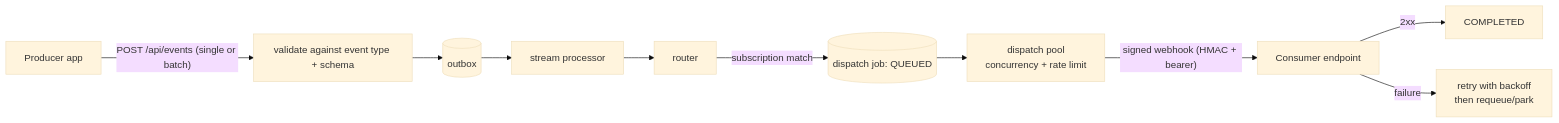
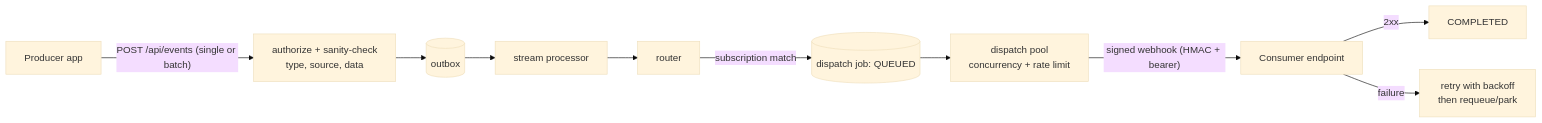
One commit to flowcatalyst/flowcatalyst changed the diagram in docs/published/20-messaging-and-delivery.md. Above: the diagram before and after it, drawn with Mermaid (base theme). The commit also changed other lines of this file and 1 other file, not shown here.

First line of the commit message:
docs: event ingestion does not validate against event types or schemas

````diff
--- a/docs/published/20-messaging-and-delivery.md
+++ b/docs/published/20-messaging-and-delivery.md
@@ -9,12 +9,12 @@
 ```mermaid
 flowchart LR
-    A[Producer app] -->|"POST /api/events (single or batch)"| V[validate against event type + schema]
+    A[Producer app] -->|"POST /api/events (single or batch)"| V[authorize + sanity-check\ntype, source, data]
     V --> OB[(outbox)]
     OB --> ST[stream processor]
     ST --> RT[router]
     RT -->|subscription match| DJ[(dispatch job: QUEUED)]
     DJ --> POOL[dispatch pool\nconcurrency + rate limit]
     POOL -->|"signed webhook (HMAC + bearer)"| C[Consumer endpoint]
     C -->|2xx| DONE[COMPLETED]
     C -->|failure| RETRY[retry with backoff\nthen requeue/park]
 ```
````
